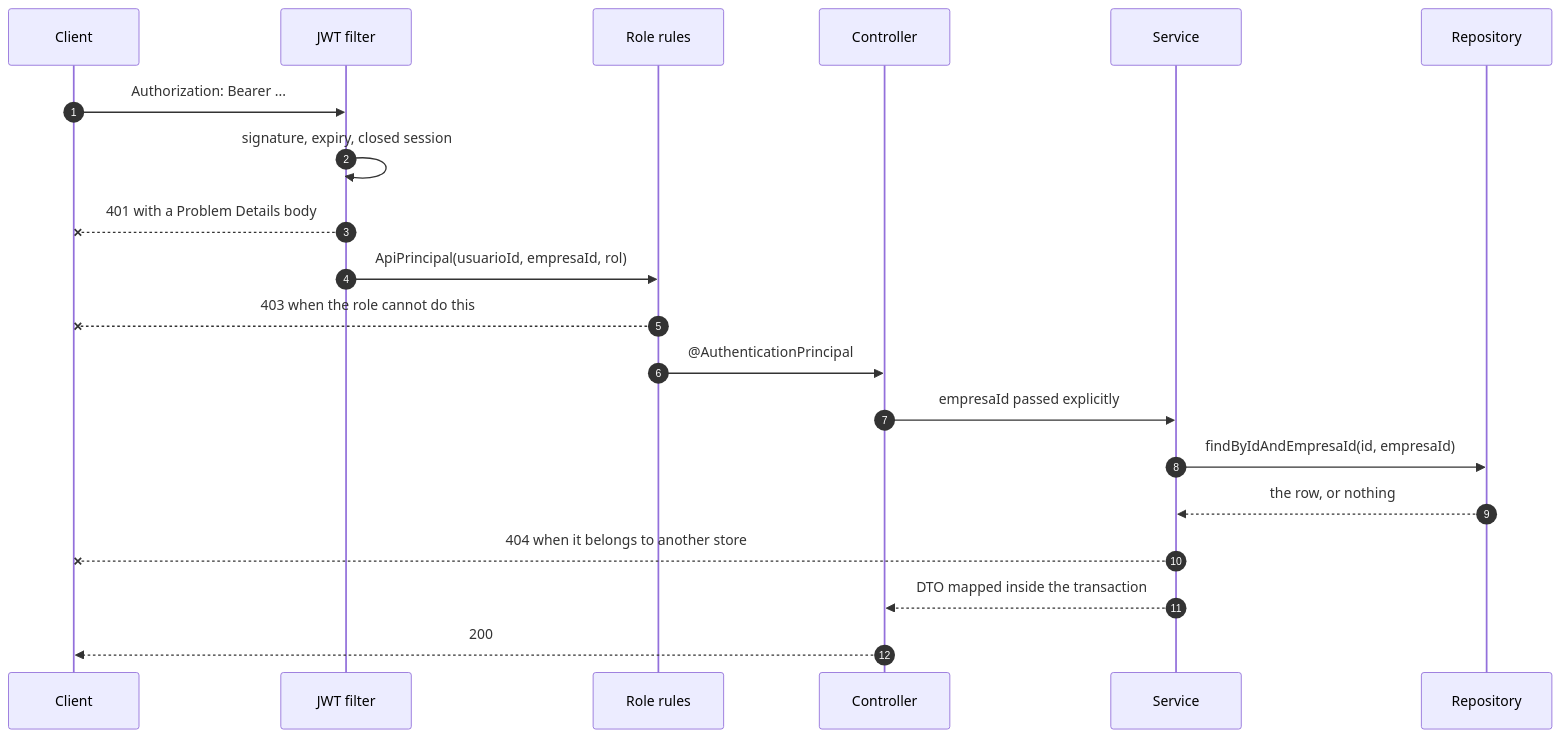
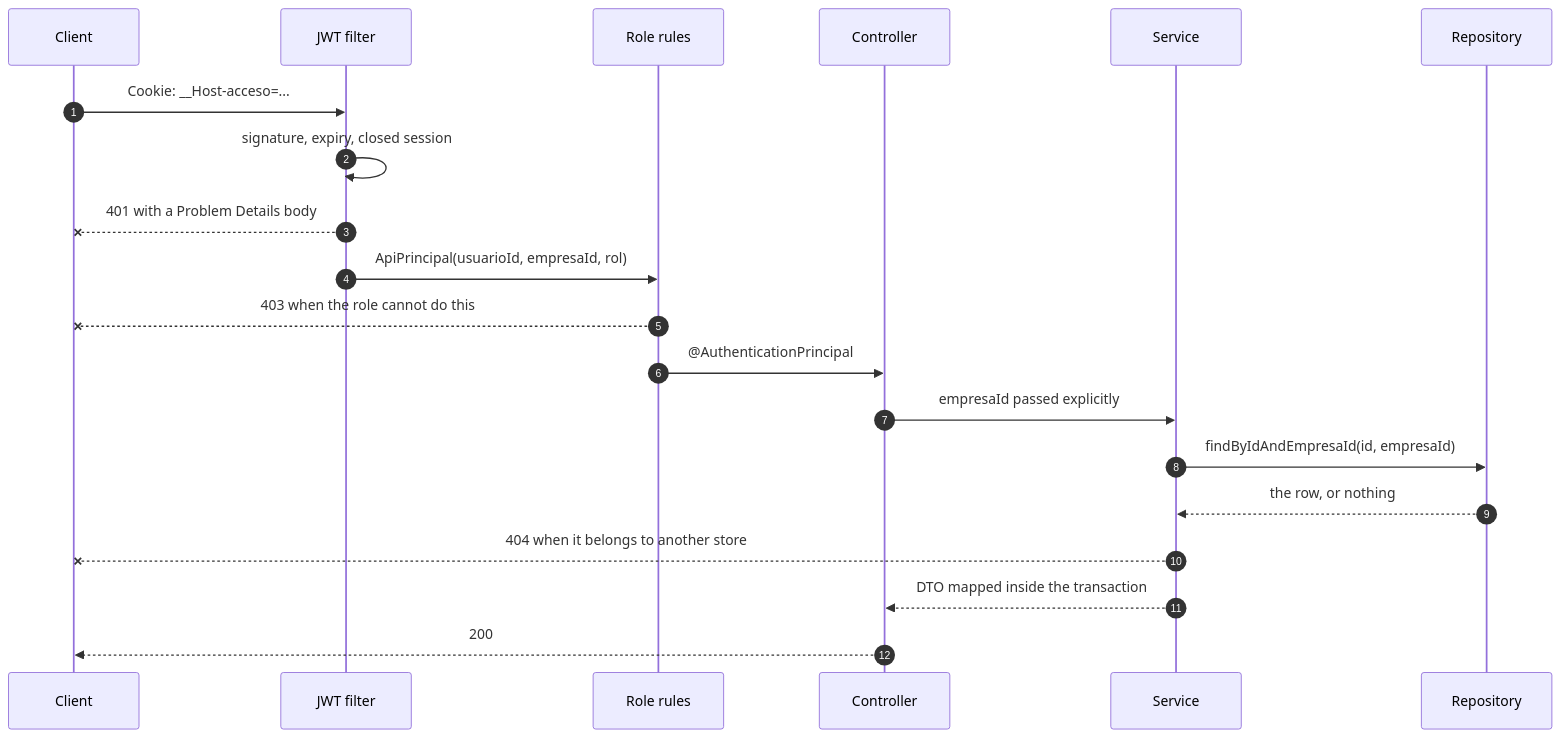
The second of 2 diagrams in docs/architecture.md (AndresContreras1/bpmn-process-manager-api), drawn with Mermaid before and after one commit. The commit also changed other lines of this file and 14 other files, not shown here.

````diff
--- a/docs/architecture.md
+++ b/docs/architecture.md
@@ -94,23 +95,23 @@
 ```mermaid
 sequenceDiagram
     autonumber
     participant C as Client
     participant F as JWT filter
     participant A as Role rules
     participant K as Controller
     participant S as Service
     participant R as Repository
 
-    C->>F: Authorization: Bearer ...
+    C->>F: Cookie: __Host-acceso=...
     F->>F: signature, expiry, closed session
     F--xC: 401 with a Problem Details body
     F->>A: ApiPrincipal(usuarioId, empresaId, rol)
     A--xC: 403 when the role cannot do this
     A->>K: @AuthenticationPrincipal
     K->>S: empresaId passed explicitly
     S->>R: findByIdAndEmpresaId(id, empresaId)
     R-->>S: the row, or nothing
     S--xC: 404 when it belongs to another store
     S-->>K: DTO mapped inside the transaction
     K-->>C: 200
 ```
````
